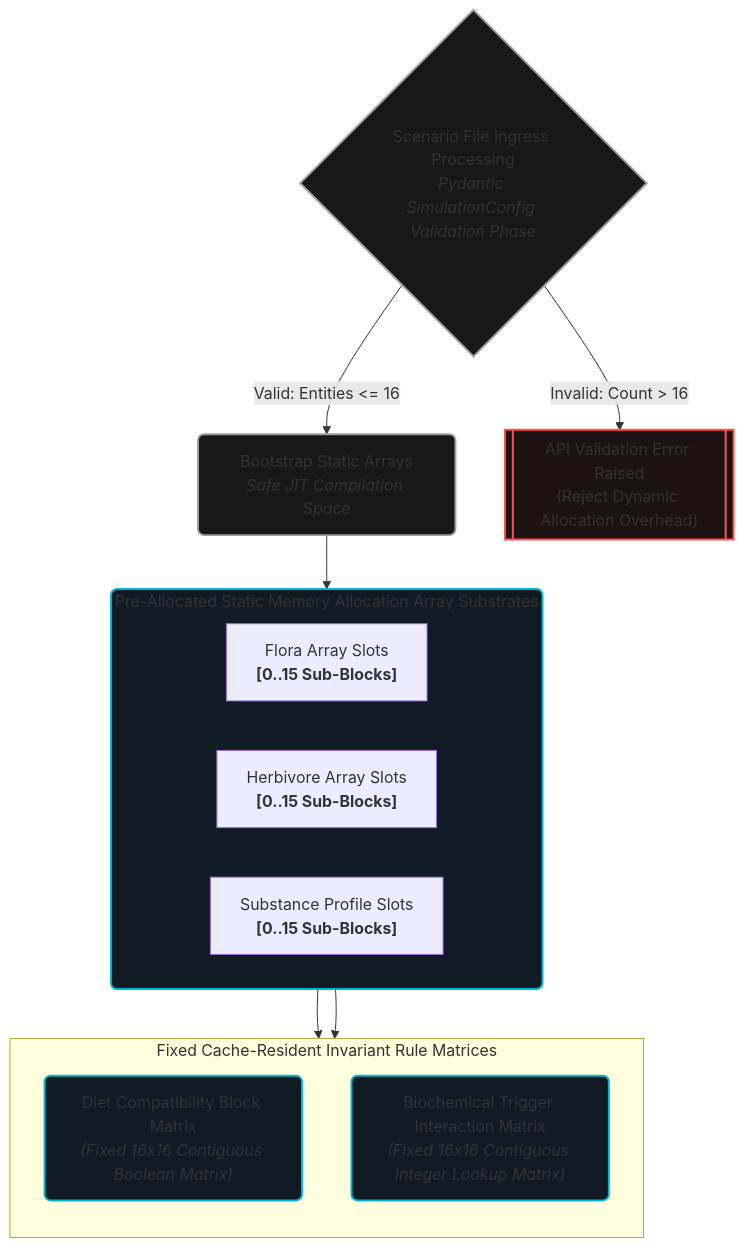
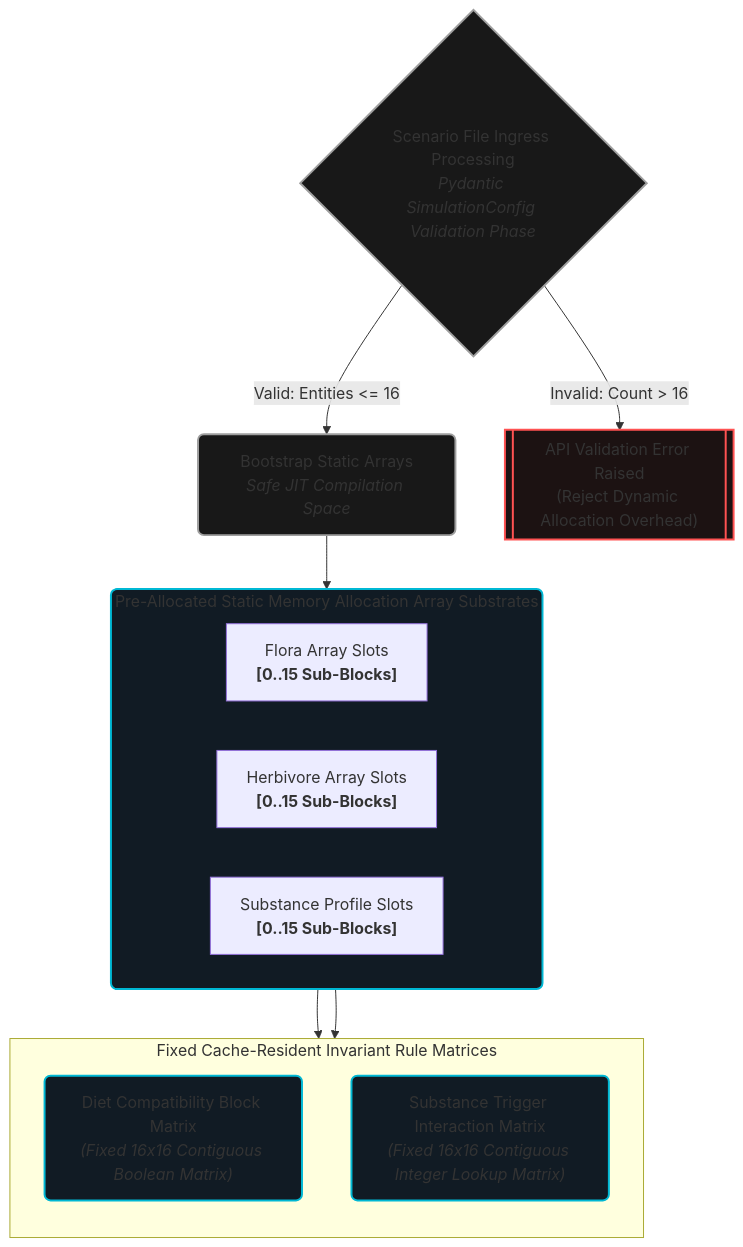
The first of 2 diagrams in docs/scenario_guide/scenario_authoring.md (foersben/PHIDS), drawn with Mermaid before and after one commit. The commit also changed other lines of this file and 40 other files, not shown here.

````diff
--- a/docs/scenario_guide/scenario_authoring.md
+++ b/docs/scenario_guide/scenario_authoring.md
@@ -25,35 +25,35 @@
 ```mermaid
 flowchart TD
     %% Title Matrix Header
     subgraph Configuration_Limit ["Pre-Allocated Static Memory Allocation Array Substrates"]
         direction LR
         F_Array["Flora Array Slots<br><b>[0..15 Sub-Blocks]</b>"]
         H_Array["Herbivore Array Slots<br><b>[0..15 Sub-Blocks]</b>"]
         S_Array["Substance Profile Slots<br><b>[0..15 Sub-Blocks]</b>"]
     end
 
     %% Core Matrices Mapping
     subgraph PreAllocated_Matrices ["Fixed Cache-Resident Invariant Rule Matrices"]
         direction TB
         Diet_Matrix["Diet Compatibility Block Matrix<br><i>(Fixed 16x16 Contiguous Boolean Matrix)</i>"]
-        Trigger_Matrix["Biochemical Trigger Interaction Matrix<br><i>(Fixed 16x16 Contiguous Integer Lookup Matrix)</i>"]
+        Trigger_Matrix["Substance Trigger Interaction Matrix<br><i>(Fixed 16x16 Contiguous Integer Lookup Matrix)</i>"]
     end
 
     %% Structural Boundaries Check
     Ingress_Payload{"Scenario File Ingress Processing<br><i>Pydantic SimulationConfig Validation Phase</i>"}
     Ingress_Payload -->|Valid: Entities <= 16| Boot["Bootstrap Static Arrays<br><i>Safe JIT Compilation Space</i>"]
     Ingress_Payload -->|Invalid: Count > 16| Rejection[["API Validation Error Raised<br>(Reject Dynamic Allocation Overhead)"]]
 
     %% Connections
     Boot --> Configuration_Limit
     Configuration_Limit --> Diet_Matrix & Trigger_Matrix
 
     %% Class Allocations
     classDef dataLayer fill:#111b24,stroke:#00b8d4,stroke-width:2px,rx:6px,ry:6px;
     classDef boundary fill:#1c1212,stroke:#ff5252,stroke-width:2px,rx:6px,ry:6px;
     classDef peripheral fill:#181818,stroke:#9e9e9e,stroke-width:2px,rx:6px,ry:6px;
 
     class Configuration_Limit,Diet_Matrix,Trigger_Matrix dataLayer
     class Rejection boundary
     class Ingress_Payload,Boot peripheral
 ```
````
